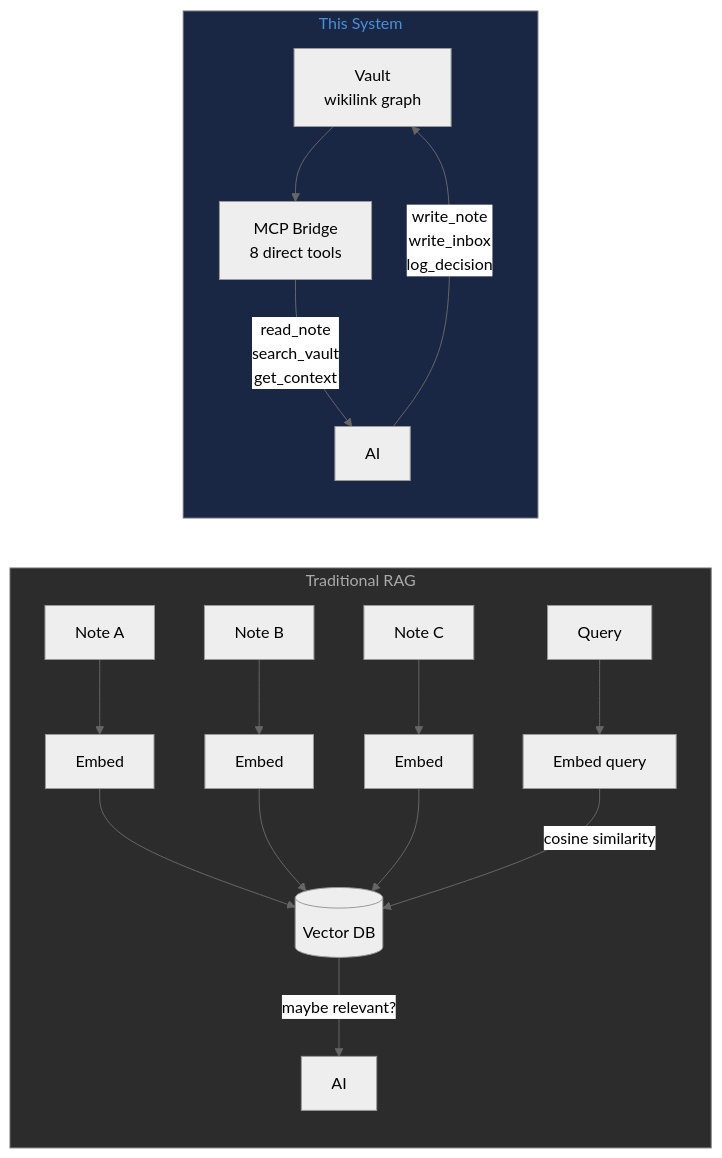
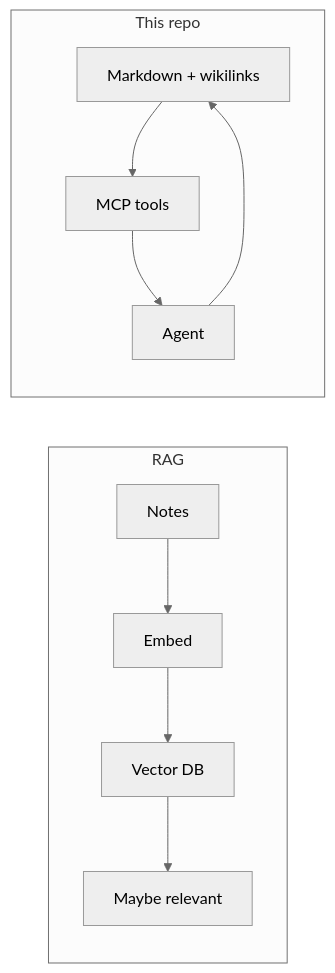
Before and after one commit to Nonarkara/second-brain-os: the third of 3 diagrams in README.md, drawn with Mermaid (neutral theme). The commit also changed other lines of this file and 3 other files, not shown here.

````diff
--- a/README.md
+++ b/README.md
@@ -123,23 +213,13 @@
 ```mermaid
 flowchart LR
-    subgraph RAG["Traditional RAG"]
-        direction TB
-        N1[Note A] --> E1[Embed]
-        N2[Note B] --> E2[Embed]
-        N3[Note C] --> E3[Embed]
-        E1 & E2 & E3 --> VDB[(Vector DB)]
-        Q[Query] --> QE[Embed query]
-        QE --> |cosine similarity| VDB
-        VDB --> |"maybe relevant?"| AI1[AI]
-    end
-
-    subgraph MCP["This System"]
-        direction TB
-        V[Vault\nwikilink graph] --> BRIDGE[MCP Bridge\n8 direct tools]
-        BRIDGE --> |read_note\nsearch_vault\nget_context| AI2[AI]
-        AI2 --> |write_note\nwrite_inbox\nlog_decision| V
-    end
-
-    style RAG fill:#2c2c2c,color:#aaa
-    style MCP fill:#1a2744,color:#4a90d9
+  subgraph RAG["RAG"]
+    A["Notes"] --> E["Embed"]
+    E --> V["Vector DB"]
+    V --> Guess["Maybe relevant"]
+  end
+  subgraph This["This repo"]
+    Vault["Markdown + wikilinks"] --> MCP["MCP tools"]
+    MCP --> AI["Agent"]
+    AI --> Vault
+  end
 ```
````
